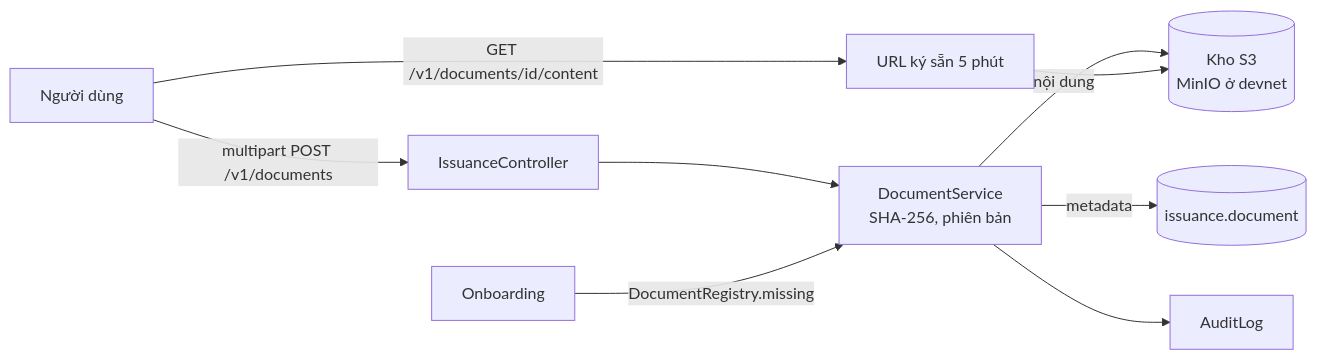
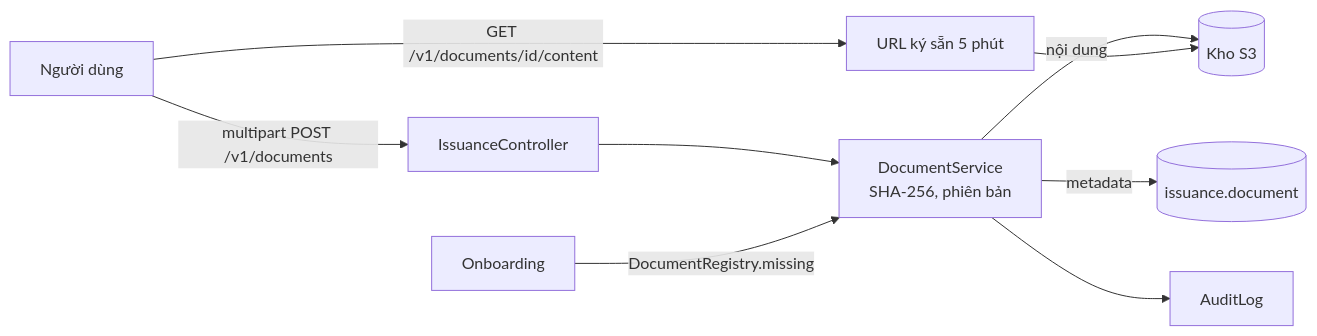
The fifth of 6 diagrams in backend/README.md (tomnguyen12/WeRWA), drawn with Mermaid before and after one commit. The commit also changed other lines of this file and 4 other files, not shown here.

First line of the commit message:
test(backend): kho S3 giả S3Mock thay MinIO đã ngừng phát hành ảnh

````diff
--- a/backend/README.md
+++ b/backend/README.md
@@ -149,10 +149,10 @@
 ```mermaid
 flowchart LR
   U[Người dùng] -- multipart POST /v1/documents --> C[IssuanceController]
   C --> S[DocumentService<br/>SHA-256, phiên bản]
-  S -- nội dung --> O[(Kho S3<br/>MinIO ở devnet)]
+  S -- nội dung --> O[(Kho S3)]
   S -- metadata --> D[(issuance.document)]
   S --> A[AuditLog]
   U -- GET /v1/documents/id/content --> C2[URL ký sẵn 5 phút] --> O
   OB[Onboarding] -- DocumentRegistry.missing --> S
 ```
````
